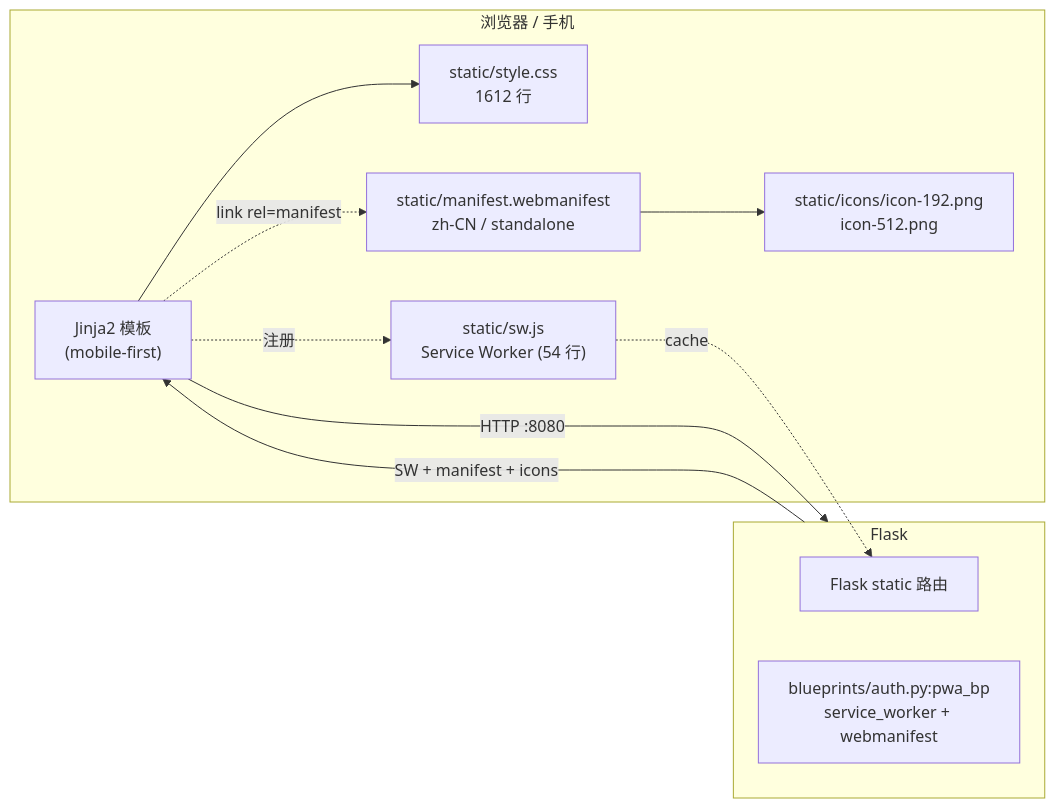
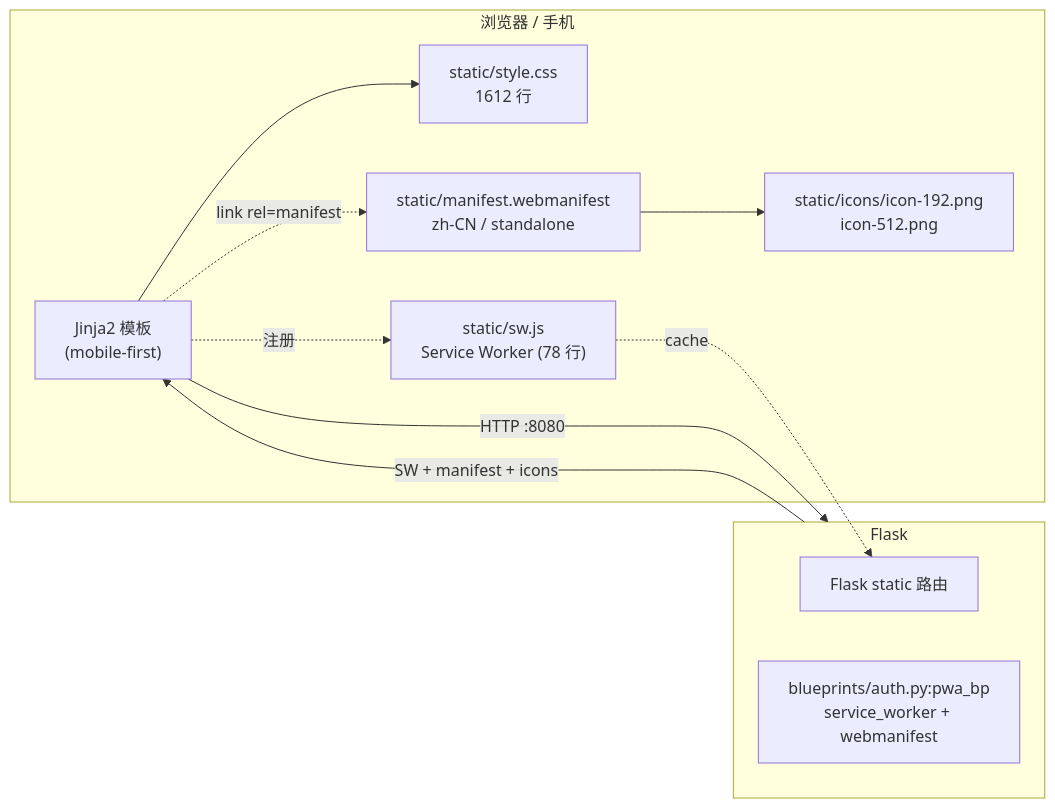
Before and after one commit to ericmr1981/DailyCheck: diagram 16 of 17 in docs/ARCHITECTURE.md, drawn with Mermaid. The commit also changed other lines of this file and 4 other files, not shown here.

First line of the commit message:
fix(pwa): 动态响应不再进 Service Worker 缓存（/users 已实测越权读）

````diff
--- a/docs/ARCHITECTURE.md
+++ b/docs/ARCHITECTURE.md
@@ -752,23 +752,23 @@
 ```mermaid
 flowchart LR
     subgraph Client["浏览器 / 手机"]
         HTML["Jinja2 模板<br/>(mobile-first)"]
         CSS["static/style.css<br/>1612 行"]
-        SW["static/sw.js<br/>Service Worker (54 行)"]
+        SW["static/sw.js<br/>Service Worker (78 行)"]
         Manifest["static/manifest.webmanifest<br/>zh-CN / standalone"]
         Icons["static/icons/icon-192.png<br/>icon-512.png"]
     end
 
     subgraph Server["Flask"]
         Static["Flask static 路由"]
         PWARP["blueprints/auth.py:pwa_bp<br/>service_worker + webmanifest"]
     end
 
     HTML --> CSS
     HTML -.->|注册| SW
     HTML -.->|link rel=manifest| Manifest
     Manifest --> Icons
     SW -.->|cache| Static
     HTML -->|HTTP :8080| Server
     Server -->|SW + manifest + icons| HTML
 ```
````
